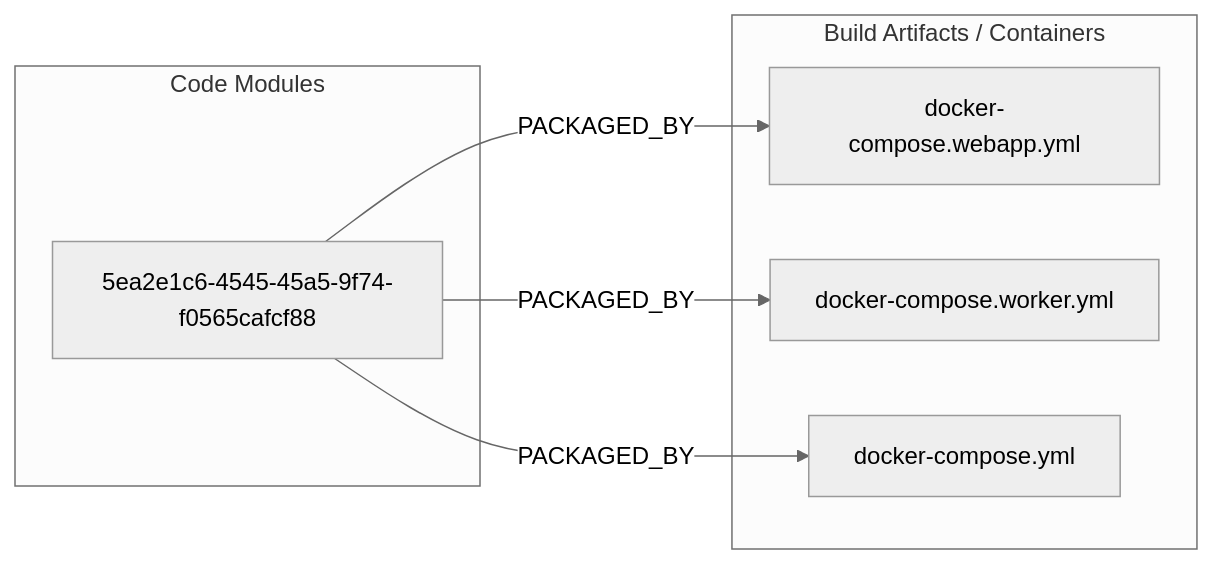
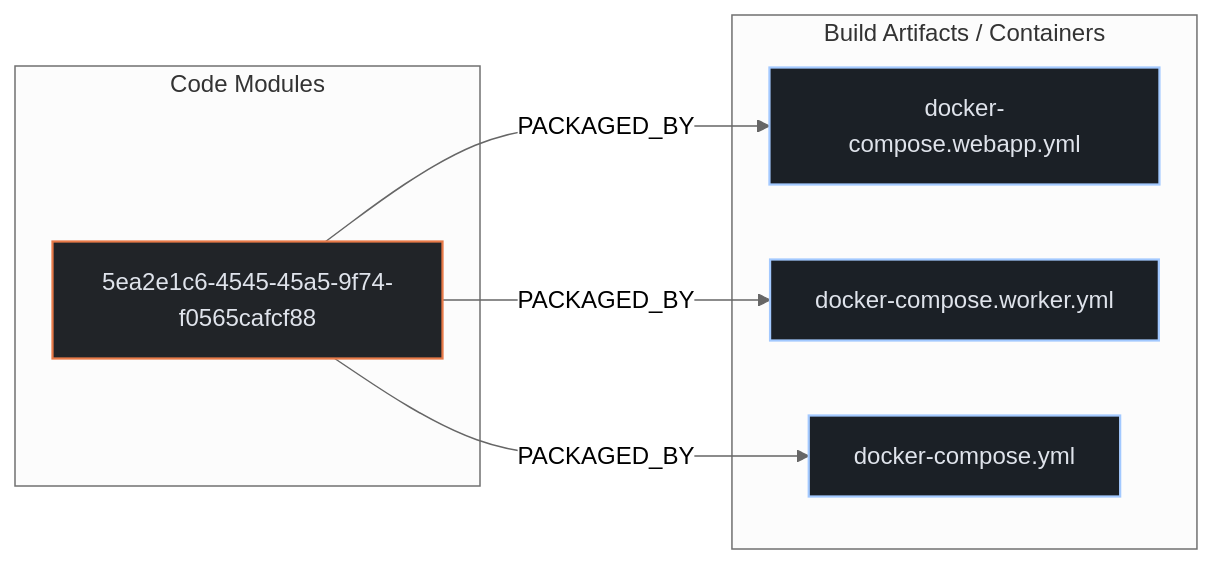
Before and after one commit to kumarshaz/atruss-code-atlas: the second of 3 diagrams in exports/latest/reports/triggerdotdev-docker-report.md, drawn with Mermaid (neutral theme). The commit also changed other lines of this file and 331 other files, not shown here.

Commit message:
docs,ui,fix: update SDLC docs, reorder CI/CD DAG first, stylize Mermaid, and fix Arc42 pipeline topology

````diff
--- a/exports/latest/reports/triggerdotdev-docker-report.md
+++ b/exports/latest/reports/triggerdotdev-docker-report.md
@@ -70,14 +77,18 @@
 ```mermaid
 flowchart LR
+    classDef atlasCategory fill:#212428,stroke:#E87A48,stroke-width:1.5px,color:#dfe3eb
+    classDef atlasWorkflow fill:#1b2026,stroke:#a3c9ff,stroke-width:1.5px,color:#dfe3eb
+    classDef atlasJob fill:#171c22,stroke:#8d9199,stroke-width:1px,color:#dfe3eb
+    classDef atlasTarget fill:#005227,stroke:#8bd99b,stroke-width:1.5px,color:#a7f6b6
     subgraph code_modules["Code Modules"]
-        mod_5ea2e1c6_4545_45a5_9f74_f0565cafcf88["5ea2e1c6-4545-45a5-9f74-f0565cafcf88"]
+        mod_5ea2e1c6_4545_45a5_9f74_f0565cafcf88["5ea2e1c6-4545-45a5-9f74-f0565cafcf88"]:::atlasCategory
     end
     subgraph build_artifacts["Build Artifacts / Containers"]
-        art_docker_compose_webapp_yml["docker-compose.webapp.yml"]
-        art_docker_compose_worker_yml["docker-compose.worker.yml"]
-        art_docker_compose_yml["docker-compose.yml"]
+        art_docker_compose_webapp_yml["docker-compose.webapp.yml"]:::atlasWorkflow
+        art_docker_compose_worker_yml["docker-compose.worker.yml"]:::atlasWorkflow
+        art_docker_compose_yml["docker-compose.yml"]:::atlasWorkflow
     end
     mod_5ea2e1c6_4545_45a5_9f74_f0565cafcf88 -->|PACKAGED_BY| art_docker_compose_webapp_yml
     mod_5ea2e1c6_4545_45a5_9f74_f0565cafcf88 -->|PACKAGED_BY| art_docker_compose_worker_yml
     mod_5ea2e1c6_4545_45a5_9f74_f0565cafcf88 -->|PACKAGED_BY| art_docker_compose_yml
 ```
````
